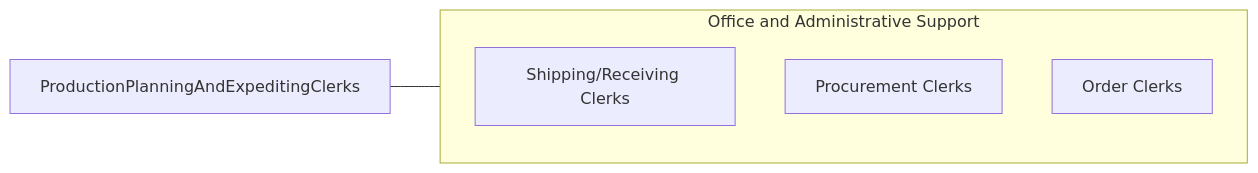
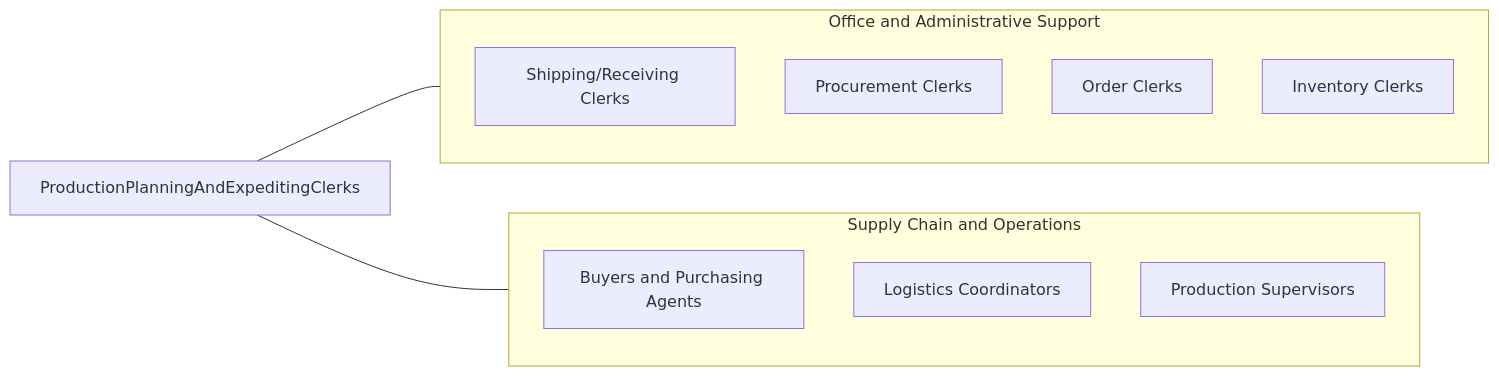
The fourth of 4 diagrams in occupations/Administrative/ProductionPlanningAndExpeditingClerks.mdx (kziemski/business.org.ai), drawn with Mermaid before and after one commit. The commit also changed other lines of this file and 19 other files, not shown here.

````diff
--- a/occupations/Administrative/ProductionPlanningAndExpeditingClerks.mdx
+++ b/occupations/Administrative/ProductionPlanningAndExpeditingClerks.mdx
@@ -100,10 +231,20 @@
 ```mermaid
 graph LR
     Current["ProductionPlanningAndExpeditingClerks"]
+
     subgraph SameCategory["Office and Administrative Support"]
-        RShippingClerks["Shipping/Receiving Clerks"]
-        RProcurementClerks["Procurement Clerks"]
-        ROrderClerks["Order Clerks"]
+        ShippingClerks["Shipping/Receiving Clerks"]
+        ProcurementClerks["Procurement Clerks"]
+        OrderClerks["Order Clerks"]
+        InventoryClerks["Inventory Clerks"]
     end
+
+    subgraph CrossFunctional["Supply Chain and Operations"]
+        Buyers["Buyers and Purchasing Agents"]
+        LogisticsCoord["Logistics Coordinators"]
+        ProductionSupervisors["Production Supervisors"]
+    end
+
     Current --- SameCategory
+    Current --- CrossFunctional
 ```
````
